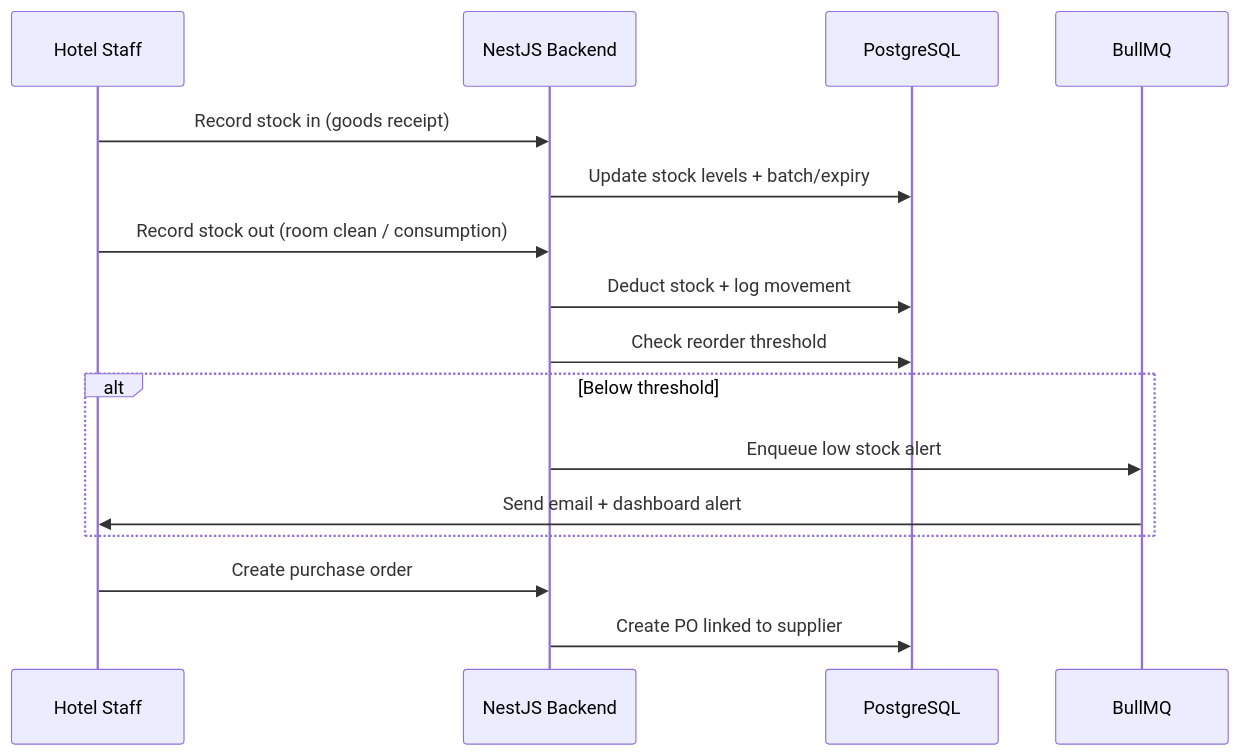
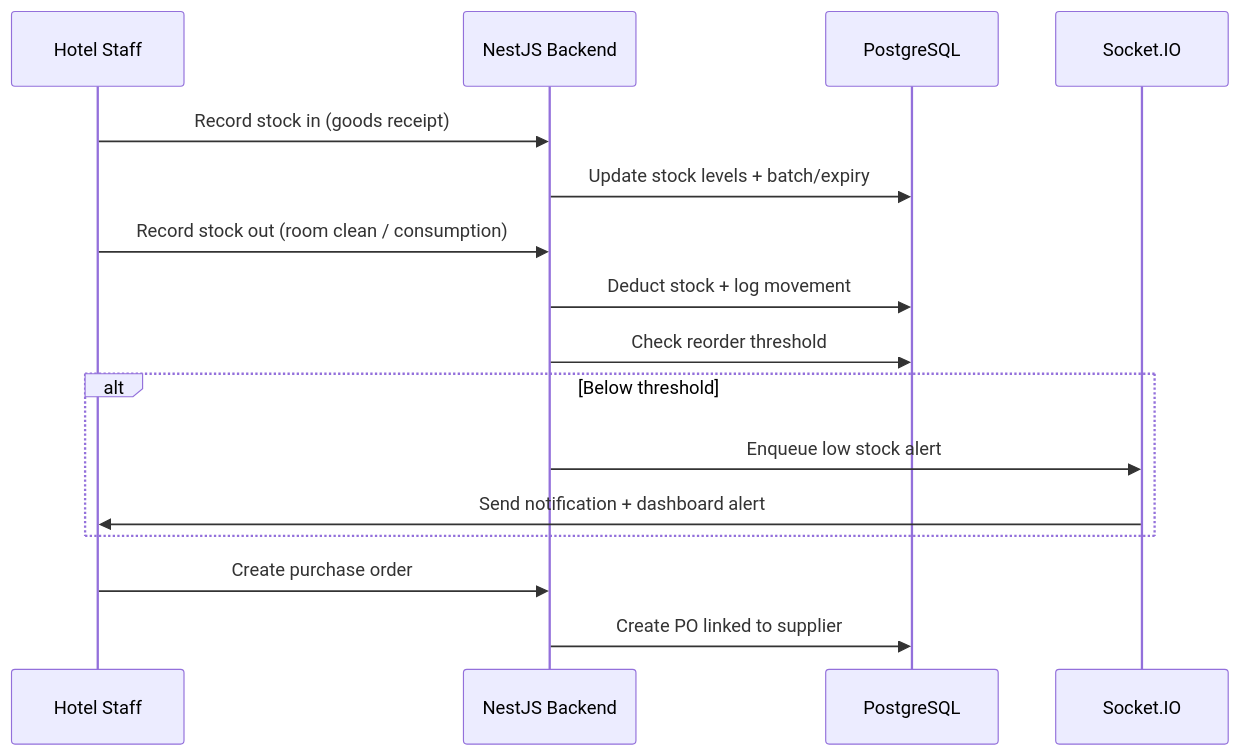
One commit to Dominion77/lodgify changed the diagram in inventorymgt.md. Above: the diagram before and after it, drawn with Mermaid. The commit also changed 1 other file, not shown here.

Commit message:
2 small changes

````diff
--- a/inventorymgt.md
+++ b/inventorymgt.md
@@ -1,22 +1,22 @@
 ```mermaid
 sequenceDiagram
     participant Staff as Hotel Staff
     participant BE as NestJS Backend
     participant DB as PostgreSQL
-    participant Q as BullMQ
+    participant Q as Socket.IO
 
     Staff->>BE: Record stock in (goods receipt)
     BE->>DB: Update stock levels + batch/expiry
 
     Staff->>BE: Record stock out (room clean / consumption)
     BE->>DB: Deduct stock + log movement
     BE->>DB: Check reorder threshold
 
     alt Below threshold
         BE->>Q: Enqueue low stock alert
-        Q->>Staff: Send email + dashboard alert
+        Q->>Staff: Send notification + dashboard alert
     end
 
     Staff->>BE: Create purchase order
     BE->>DB: Create PO linked to supplier
 ```
````
